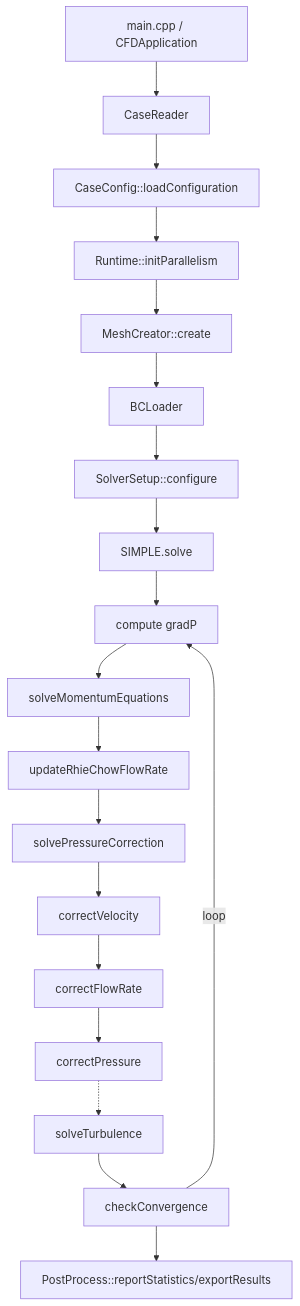
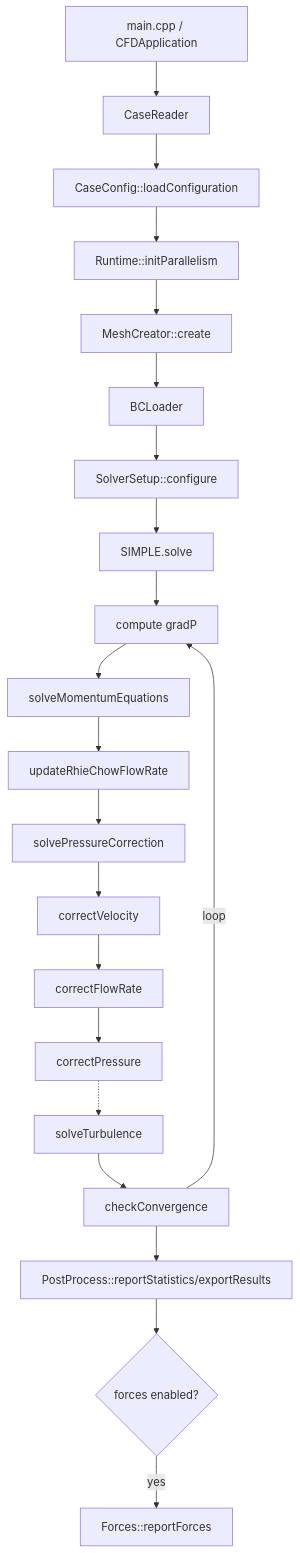
Before and after one commit to mohamed-i-mousa/Turblyze: the diagram in docs/DEVELOPER_GUIDE.md, drawn with Mermaid. The commit also changed other lines of this file and 19 other files, not shown here.

````diff
--- a/docs/DEVELOPER_GUIDE.md
+++ b/docs/DEVELOPER_GUIDE.md
@@ -1003,21 +1029,23 @@
 ```mermaid
 flowchart TD
   A[main.cpp / CFDApplication] --> B[CaseReader]
   B --> C[CaseConfig::loadConfiguration]
   C --> D[Runtime::initParallelism]
   D --> E[MeshCreator::create]
   E --> F[BCLoader]
   F --> G[SolverSetup::configure]
   G --> H[SIMPLE.solve]
   H --> I[compute gradP]
   I --> J[solveMomentumEquations]
   J --> K[updateRhieChowFlowRate]
   K --> L[solvePressureCorrection]
   L --> M[correctVelocity]
   M --> N[correctFlowRate]
   N --> O[correctPressure]
   O -.-> T[solveTurbulence]
   T --> P[checkConvergence]
   P -->|loop| I
   P --> Q[PostProcess::reportStatistics/exportResults]
+  Q --> R{forces enabled?}
+  R -->|yes| S[Forces::reportForces]
 ```
````
